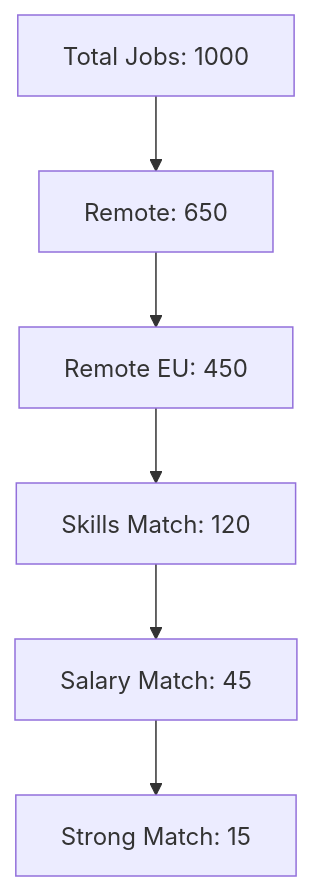
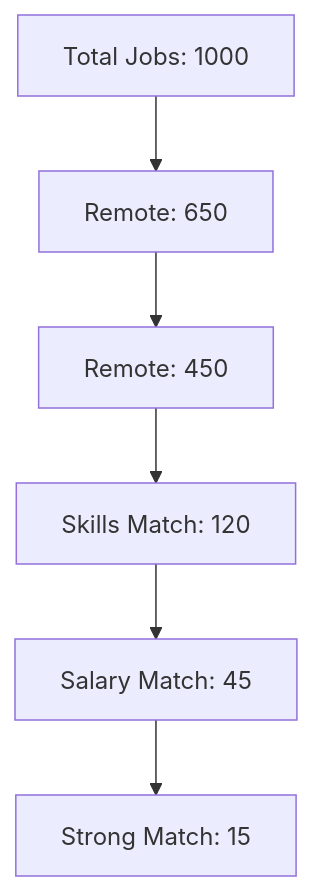
The second of 2 diagrams in apps/lead-gen/docs/workspace-skills/report-generation/SKILL.md (v9ai/ai-apps), drawn with Mermaid before and after one commit. The commit also changed other lines of this file and 72 other files, not shown here.

````diff
--- a/apps/lead-gen/docs/workspace-skills/report-generation/SKILL.md
+++ b/apps/lead-gen/docs/workspace-skills/report-generation/SKILL.md
@@ -356,8 +356,8 @@
 ```mermaid
 graph TD
     A[Total Jobs: 1000] --> B[Remote: 650]
-    B --> C[Remote EU: 450]
+    B --> C[Remote: 450]
     C --> D[Skills Match: 120]
     D --> E[Salary Match: 45]
     E --> F[Strong Match: 15]
 ```
````
